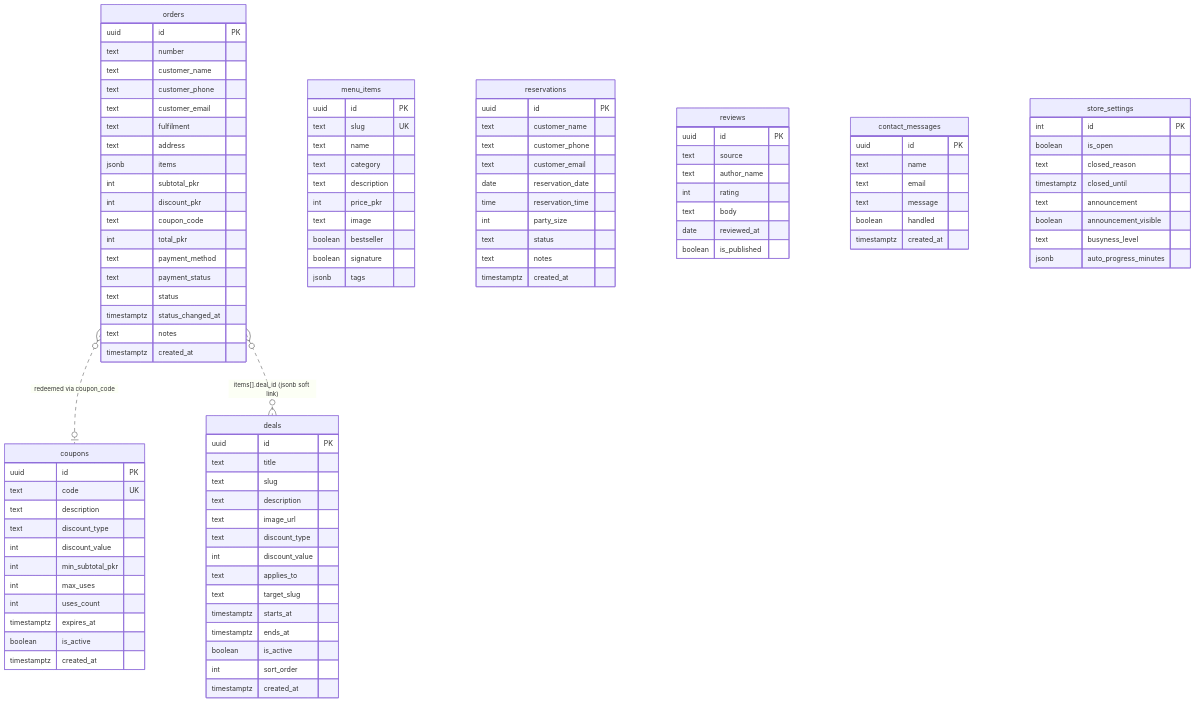
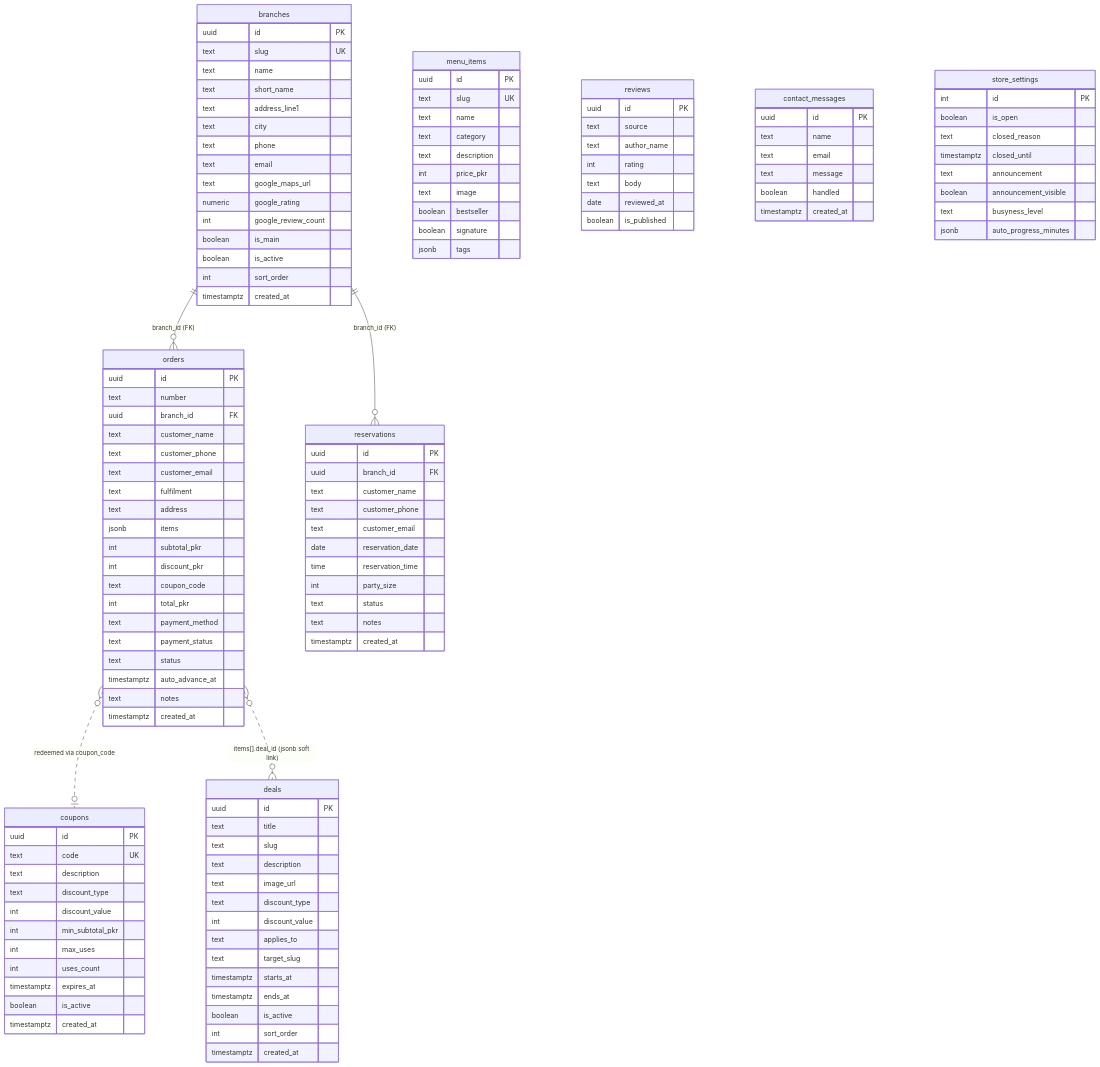
The tenth of 11 diagrams in SITE-FLOW.md (MirzaMuhammadBaig/meseta-coffee), drawn with Mermaid before and after one commit. The commit also changed other lines of this file and 1 other file, not shown here.

Commit message:
docs(branches): update README + SITE-FLOW with multi-branch architecture

```diff
--- a/SITE-FLOW.md
+++ b/SITE-FLOW.md
@@ -368,10 +422,31 @@
 erDiagram
     orders }o..o| coupons : "redeemed via coupon_code"
     orders }o..o{ deals : "items[].deal_id (jsonb soft link)"
+    branches ||--o{ orders : "branch_id (FK)"
+    branches ||--o{ reservations : "branch_id (FK)"
+
+    branches {
+        uuid id PK
+        text slug UK
+        text name
+        text short_name
+        text address_line1
+        text city
+        text phone
+        text email
+        text google_maps_url
+        numeric google_rating
+        int google_review_count
+        boolean is_main
+        boolean is_active
+        int sort_order
+        timestamptz created_at
+    }
 
     orders {
         uuid id PK
         text number
+        uuid branch_id FK
         text customer_name
         text customer_phone
         text customer_email
@@ -385,7 +460,7 @@
         text payment_method
         text payment_status
         text status
-        timestamptz status_changed_at
+        timestamptz auto_advance_at
         text notes
         timestamptz created_at
     }
@@ -436,6 +511,7 @@
 
     reservations {
         uuid id PK
+        uuid branch_id FK
         text customer_name
         text customer_phone
         text customer_email
```
